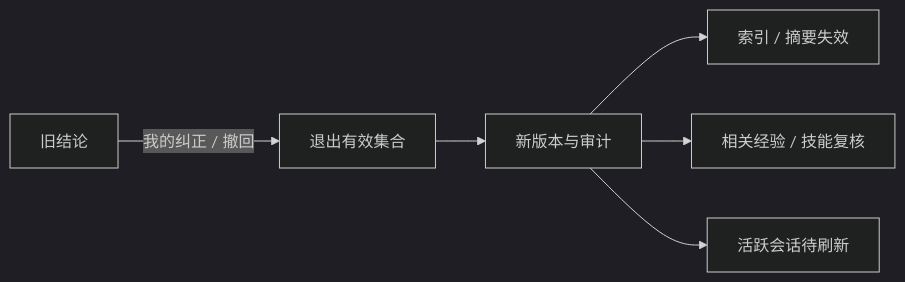
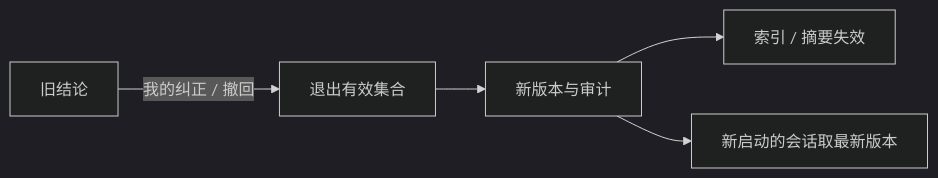
The second of 3 diagrams in docs/design/0016-growth-memory.md (yangflow/hoplet), drawn with Mermaid (dark theme) before and after one commit. The commit also changed other lines of this file and 2 other files, not shown here.

````diff
--- a/docs/design/0016-growth-memory.md
+++ b/docs/design/0016-growth-memory.md
@@ -113,8 +151,7 @@
 ```mermaid
 flowchart LR
     Old["旧结论"] -- "我的纠正 / 撤回" --> Invalid["退出有效集合"]
     Invalid --> Version["新版本与审计"]
     Version --> Index["索引 / 摘要失效"]
-    Version --> Review["相关经验 / 技能复核"]
-    Version --> Refresh["活跃会话待刷新"]
+    Version --> Next["新启动的会话取最新版本"]
 ```
````
